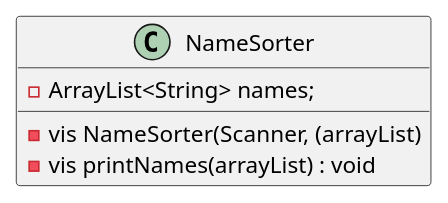
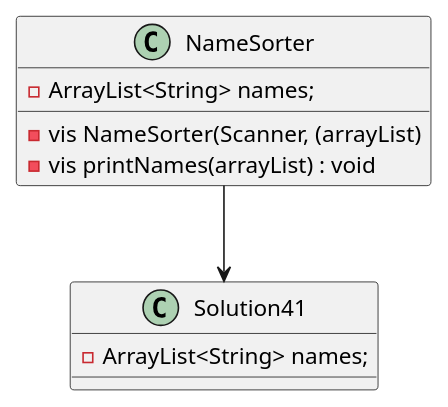
One commit to Dbug100/Murphy-a04 changed the diagram in exercise41/docs/uml.puml. Above: the diagram before and after it, drawn with PlantUML. The commit also changed 40 other files, not shown here.

```diff
--- a/exercise41/docs/uml.puml
+++ b/exercise41/docs/uml.puml
@@ -1,12 +1,16 @@
 @startuml
+class Solution41{
+    -ArrayList<String> names;
+
+}
 class NameSorter{
     -ArrayList<String> names;
 
     -vis NameSorter(Scanner, (arrayList)
     -vis printNames(arrayList) : void
 }
 
-
+NameSorter --> Solution41
 
 
 @enduml
```
